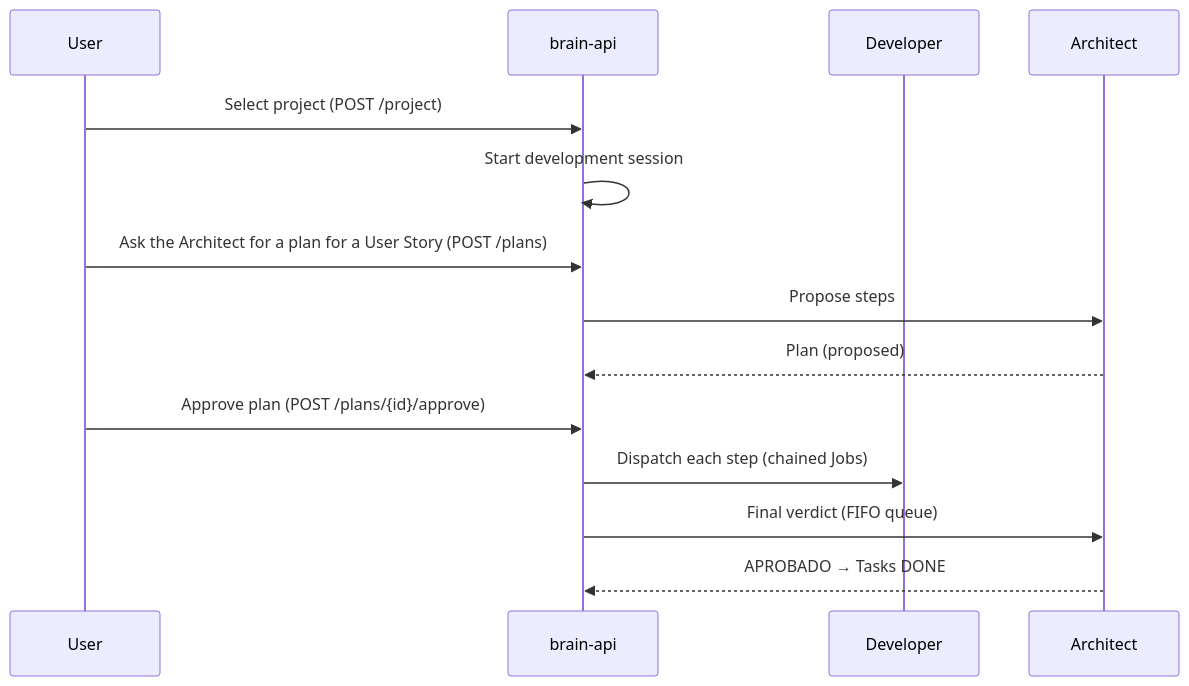
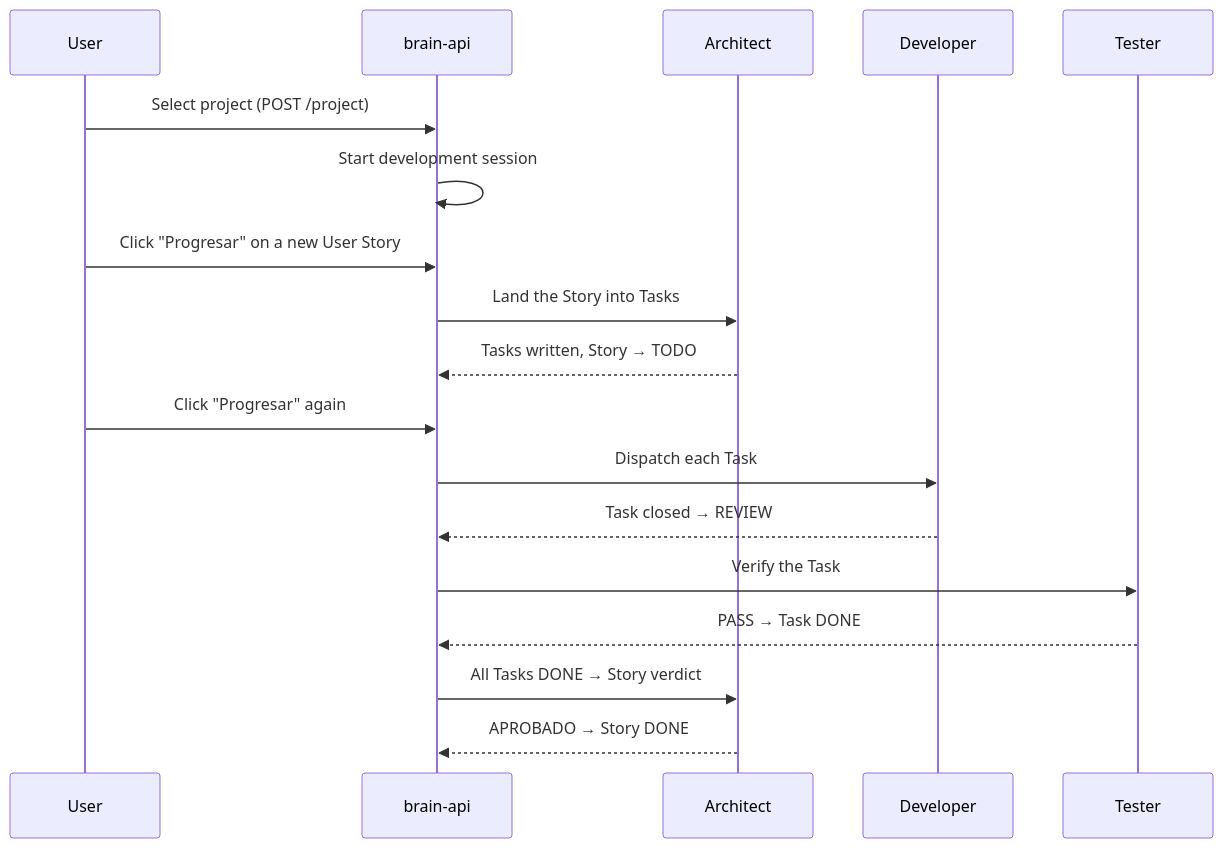
The diagram in docs/concepts.md (Yokosillo/atlas-forge), drawn with Mermaid before and after one commit. The commit also changed other lines of this file and 117 other files, not shown here.

````diff
--- a/docs/concepts.md
+++ b/docs/concepts.md
@@ -65,17 +62,21 @@
 ```mermaid
 sequenceDiagram
     participant U as User
     participant B as brain-api
+    participant A as Architect
     participant D as Developer
-    participant A as Architect
+    participant T as Tester
 
     U->>B: Select project (POST /project)
     B->>B: Start development session
-    U->>B: Ask the Architect for a plan for a User Story (POST /plans)
-    B->>A: Propose steps
-    A-->>B: Plan (proposed)
-    U->>B: Approve plan (POST /plans/{id}/approve)
-    B->>D: Dispatch each step (chained Jobs)
-    B->>A: Final verdict (FIFO queue)
-    A-->>B: APROBADO → Tasks DONE
+    U->>B: Click "Progresar" on a new User Story
+    B->>A: Land the Story into Tasks
+    A-->>B: Tasks written, Story → TODO
+    U->>B: Click "Progresar" again
+    B->>D: Dispatch each Task
+    D-->>B: Task closed → REVIEW
+    B->>T: Verify the Task
+    T-->>B: PASS → Task DONE
+    B->>A: All Tasks DONE → Story verdict
+    A-->>B: APROBADO → Story DONE
 ```
````
